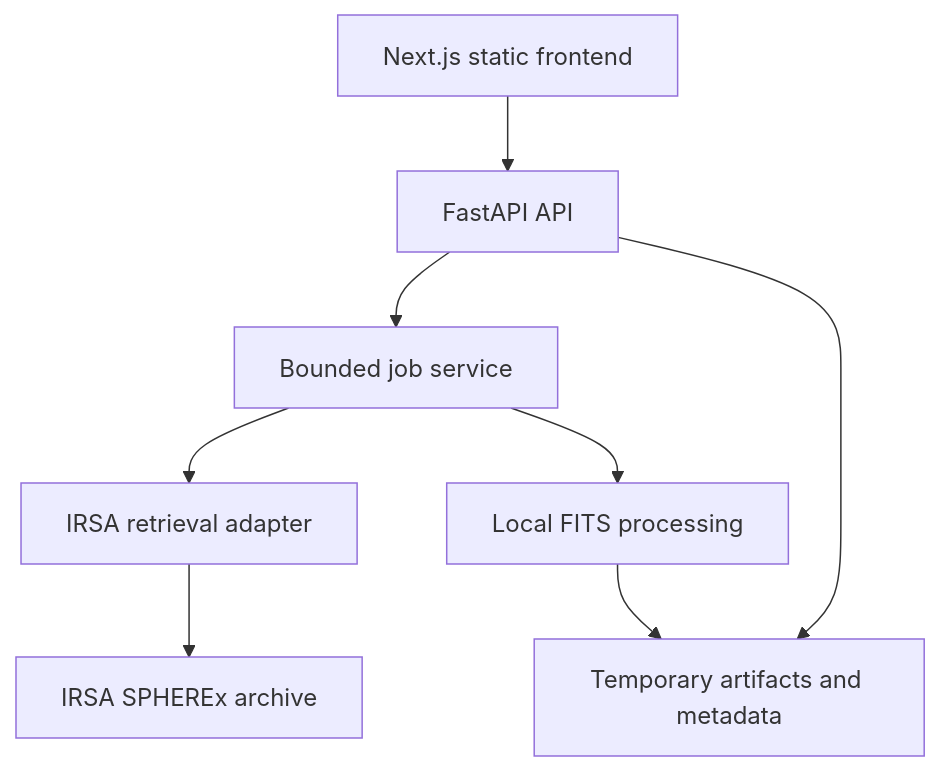
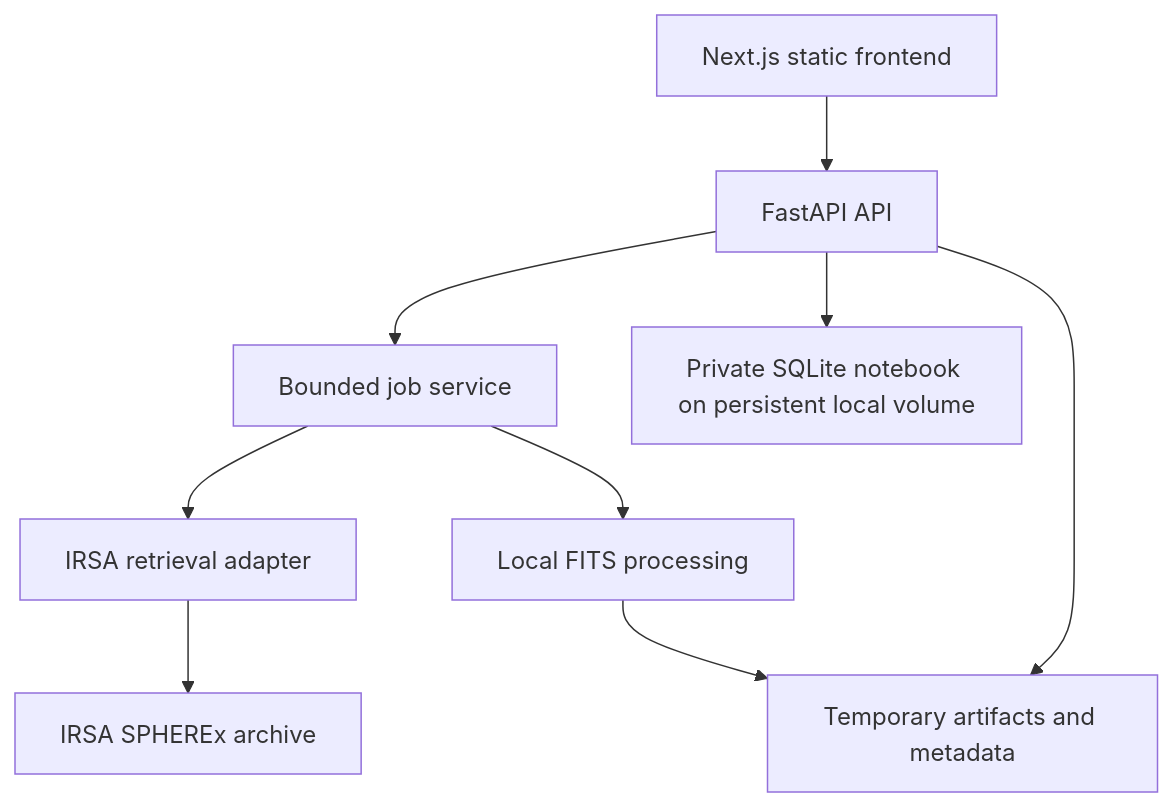
One commit to Sammieblz/khonsu changed the diagram in docs/architecture.md. Above: the diagram before and after it, drawn with Mermaid. The commit also changed other lines of this file and 56 other files, not shown here.

````diff
--- a/docs/architecture.md
+++ b/docs/architecture.md
@@ -5,10 +5,11 @@
 ```mermaid
 flowchart TD
   W["Next.js static frontend"] --> A["FastAPI API"]
   A --> J["Bounded job service"]
   J --> R["IRSA retrieval adapter"]
   R --> I["IRSA SPHEREx archive"]
   J --> P["Local FITS processing"]
   P --> C["Temporary artifacts and metadata"]
   A --> C
+  A --> N["Private SQLite notebook on persistent local volume"]
 ```
````
